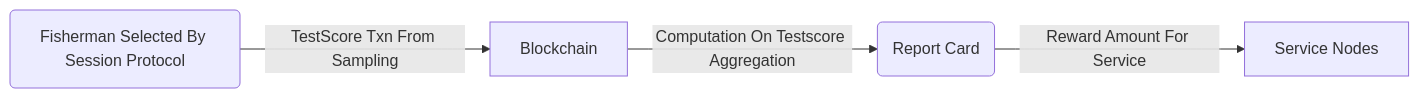
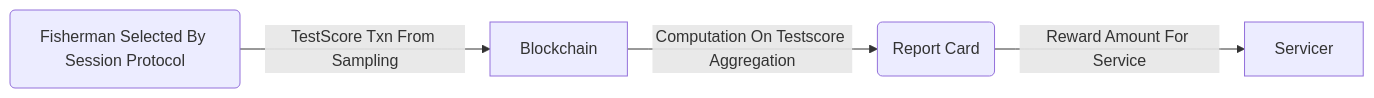
Before and after one commit to pokt-network/pocket-network-protocol: the eighth of 11 diagrams in utility/README.md, drawn with Mermaid. The commit also changed other lines of this file, not shown here.

Commit message:
Updated Service Node(s) to Servicer(s)

````diff
--- a/utility/README.md
+++ b/utility/README.md
@@ -530,11 +549,11 @@
 ```mermaid
 graph LR
     Fish(Fisherman Selected By Session Protocol)
     B[Blockchain]
     RC(Report Card)
-    SN[Service Nodes]
+    SN[Servicer]
 
     Fish -- TestScore Txn From Sampling --> B
     B -- Computation On Testscore Aggregation --> RC
     RC -- Reward Amount For Service --> SN
 ```
````
